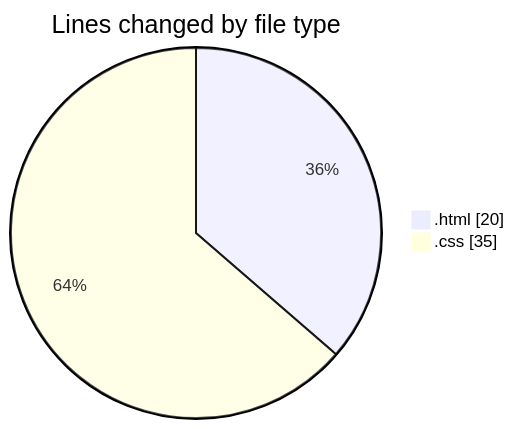
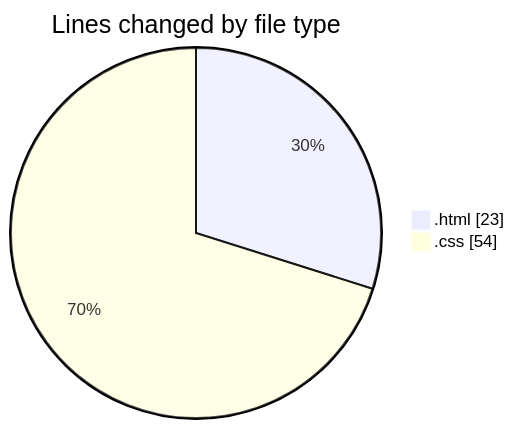
The first of 2 diagrams in 2025-01-10/primeiro-site/README.md (robertbonfada/code-tracking), drawn with Mermaid before and after one commit. The commit also changed other lines of this file and 1 other file, not shown here.

````diff
--- a/2025-01-10/primeiro-site/README.md
+++ b/2025-01-10/primeiro-site/README.md
@@ -22,6 +22,6 @@
 ```mermaid
 pie showData
 title Lines changed by file type
-".html" : 20
-".css" : 35
+".html" : 23
+".css" : 54
 ```
````
